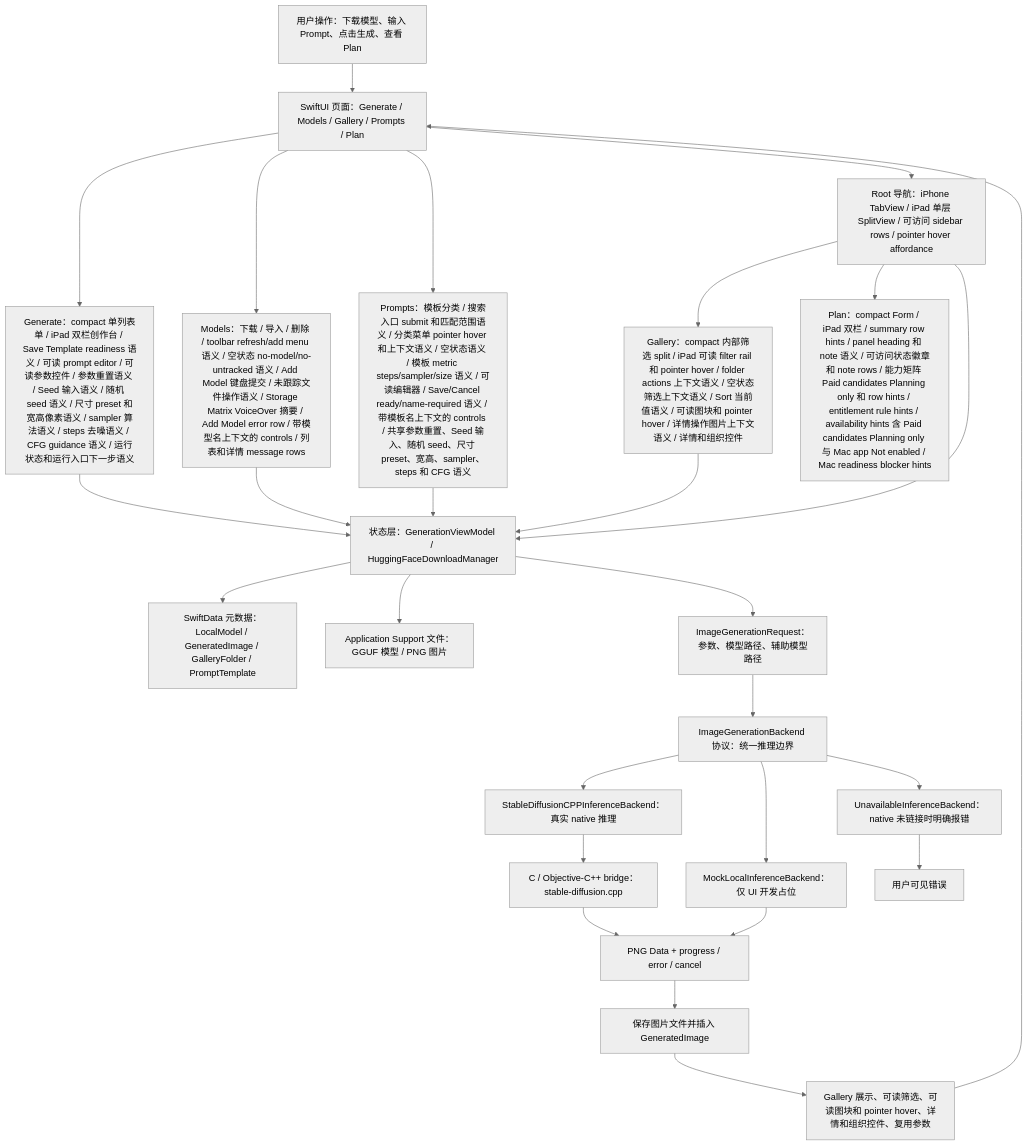
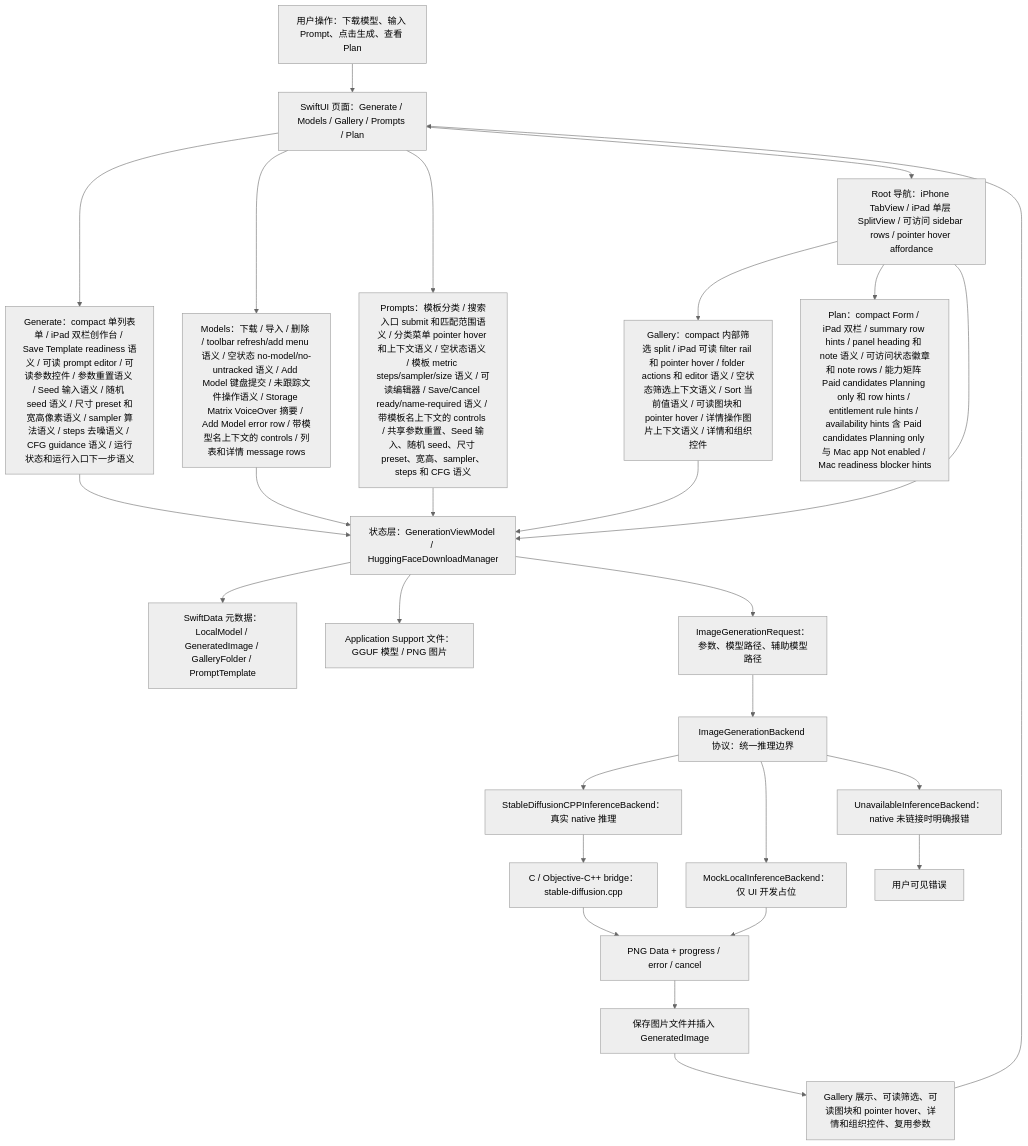
One commit to Altman-sam114/118 changed the first of 7 diagrams in md/flow/flowchart.md. Above: the diagram before and after it, drawn with Mermaid (neutral theme). The commit also changed 5 other files, not shown here.

First line of the commit message:
v1.65: Gallery folder editor semantics

````diff
--- a/md/flow/flowchart.md
+++ b/md/flow/flowchart.md
@@ -9,29 +9,29 @@
 ```mermaid
 flowchart TD
   U["用户操作：下载模型、输入 Prompt、点击生成、查看 Plan"] --> UI["SwiftUI 页面：Generate / Models / Gallery / Prompts / Plan"]
   UI --> GENUI["Generate：compact 单列表单 / iPad 双栏创作台 / Save Template readiness 语义 / 可读 prompt editor / 可读参数控件 / 参数重置语义 / Seed 输入语义 / 随机 seed 语义 / 尺寸 preset 和宽高像素语义 / sampler 算法语义 / steps 去噪语义 / CFG guidance 语义 / 运行状态和运行入口下一步语义"]
   UI --> MODELUI["Models：下载 / 导入 / 删除 / toolbar refresh/add menu 语义 / 空状态 no-model/no-untracked 语义 / Add Model 键盘提交 / 未跟踪文件操作语义 / Storage Matrix VoiceOver 摘要 / Add Model error row / 带模型名上下文的 controls / 列表和详情 message rows"]
   UI --> PROMPTUI["Prompts：模板分类 / 搜索入口 submit 和匹配范围语义 / 分类菜单 pointer hover 和上下文语义 / 空状态语义 / 模板 metric steps/sampler/size 语义 / 可读编辑器 / Save/Cancel ready/name-required 语义 / 带模板名上下文的 controls / 共享参数重置、Seed 输入、随机 seed、尺寸 preset、宽高、sampler、steps 和 CFG 语义"]
   UI --> NAV["Root 导航：iPhone TabView / iPad 单层 SplitView / 可访问 sidebar rows / pointer hover affordance"]
-  NAV --> GALUI["Gallery：compact 内部筛选 split / iPad 可读 filter rail 和 pointer hover / folder actions 上下文语义 / 空状态筛选上下文语义 / Sort 当前值语义 / 可读图块和 pointer hover / 详情操作图片上下文语义 / 详情和组织控件"]
+  NAV --> GALUI["Gallery：compact 内部筛选 split / iPad 可读 filter rail 和 pointer hover / folder actions 和 editor 语义 / 空状态筛选上下文语义 / Sort 当前值语义 / 可读图块和 pointer hover / 详情操作图片上下文语义 / 详情和组织控件"]
   NAV --> PLANUI["Plan：compact Form / iPad 双栏 / summary row hints / panel heading 和 note 语义 / 可访问状态徽章和 note rows / 能力矩阵 Paid candidates Planning only 和 row hints / entitlement rule hints / availability hints 含 Paid candidates Planning only 与 Mac app Not enabled / Mac readiness blocker hints"]
   NAV --> VM["状态层：GenerationViewModel / HuggingFaceDownloadManager"]
   GENUI --> VM
   MODELUI --> VM
   PROMPTUI --> VM
   GALUI --> VM
   VM --> SD["SwiftData 元数据：LocalModel / GeneratedImage / GalleryFolder / PromptTemplate"]
   VM --> FS["Application Support 文件：GGUF 模型 / PNG 图片"]
   VM --> REQ["ImageGenerationRequest：参数、模型路径、辅助模型路径"]
   REQ --> IFACE["ImageGenerationBackend 协议：统一推理边界"]
   IFACE --> NATIVE["StableDiffusionCPPInferenceBackend：真实 native 推理"]
   IFACE --> MOCK["MockLocalInferenceBackend：仅 UI 开发占位"]
   IFACE --> OFF["UnavailableInferenceBackend：native 未链接时明确报错"]
   NATIVE --> BRIDGE["C / Objective-C++ bridge：stable-diffusion.cpp"]
   BRIDGE --> PNG["PNG Data + progress / error / cancel"]
   MOCK --> PNG
   OFF --> ERR["用户可见错误"]
   PNG --> SAVE["保存图片文件并插入 GeneratedImage"]
   SAVE --> GALLERY["Gallery 展示、可读筛选、可读图块和 pointer hover、详情和组织控件、复用参数"]
   GALLERY --> UI
 ```
````
